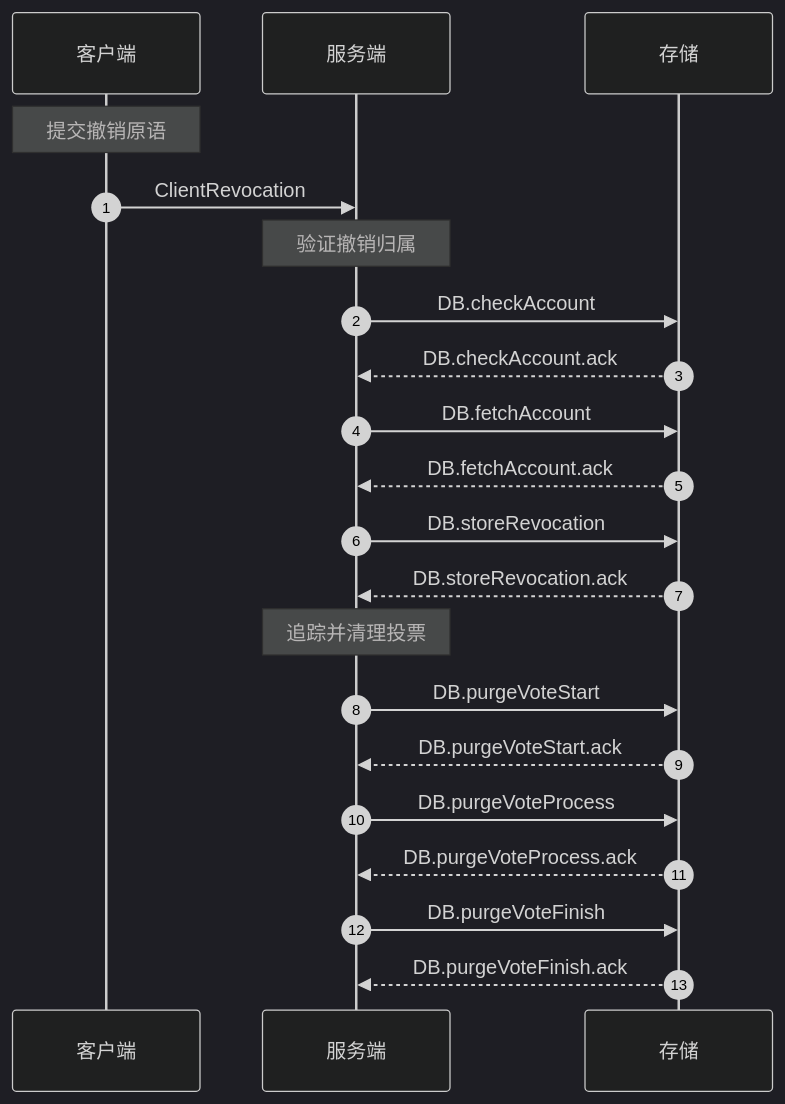
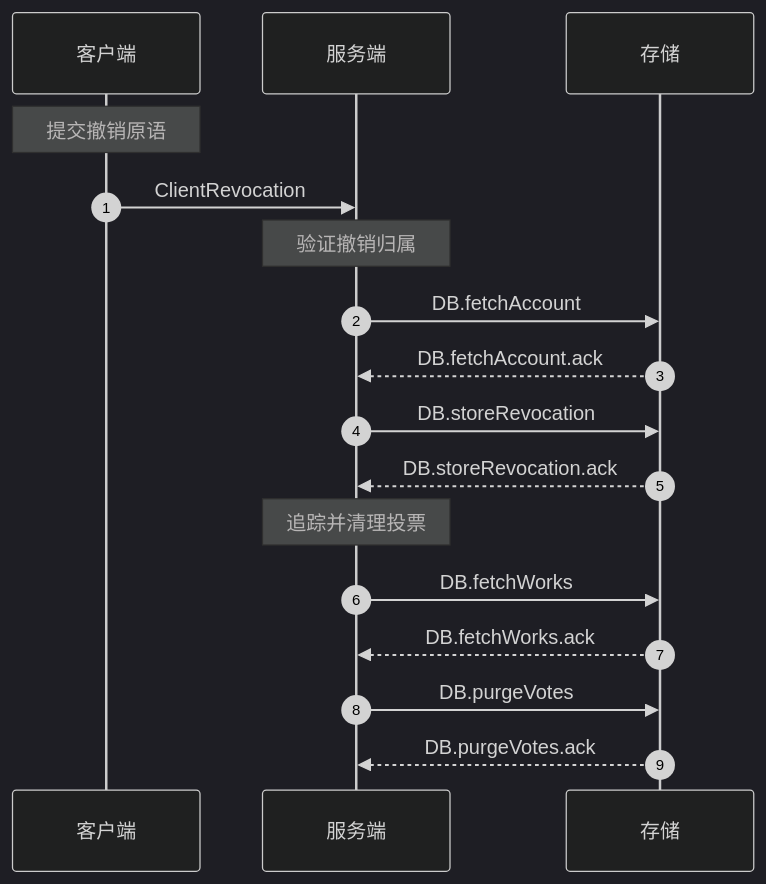
The sixth of 12 diagrams in docs/README.md (teaconmc/oolong-vote-proof), drawn with Mermaid (dark theme) before and after one commit. The commit also changed other lines of this file, not shown here.

Commit message:
docs: align storage primitives and account flow

````diff
--- a/docs/README.md
+++ b/docs/README.md
@@ -265,24 +250,19 @@
 ```mermaid
 sequenceDiagram
     autonumber
     participant C as 客户端
     participant S as 服务端
     participant DB as 存储
-
     Note over C: 提交撤销原语
-    C->>S: ClientRevocation
+    C ->> S: ClientRevocation
     Note over S: 验证撤销归属
-    S->>DB: DB.checkAccount
-    DB-->>S: DB.checkAccount.ack
-    S->>DB: DB.fetchAccount
-    DB-->>S: DB.fetchAccount.ack
-    S->>DB: DB.storeRevocation
-    DB-->>S: DB.storeRevocation.ack
+    S ->> DB: DB.fetchAccount
+    DB -->> S: DB.fetchAccount.ack
+    S ->> DB: DB.storeRevocation
+    DB -->> S: DB.storeRevocation.ack
     Note over S: 追踪并清理投票
-    S->>DB: DB.purgeVoteStart
-    DB-->>S: DB.purgeVoteStart.ack
-    S->>DB: DB.purgeVoteProcess
-    DB-->>S: DB.purgeVoteProcess.ack
-    S->>DB: DB.purgeVoteFinish
-    DB-->>S: DB.purgeVoteFinish.ack
+    S ->> DB: DB.fetchWorks
+    DB -->> S: DB.fetchWorks.ack
+    S ->> DB: DB.purgeVotes
+    DB -->> S: DB.purgeVotes.ack
 ```
````
